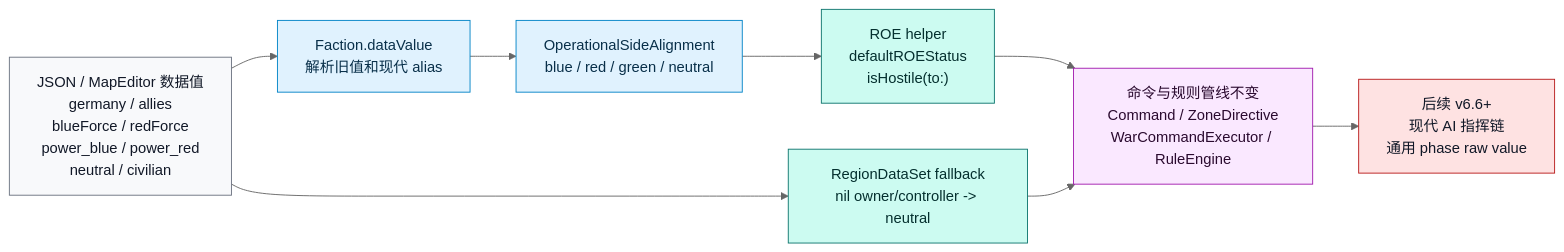
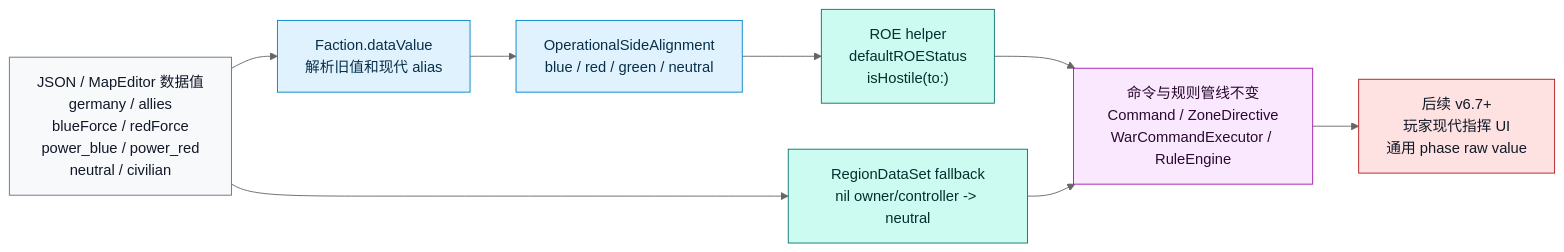
One commit to Altman-sam114/127 changed the third of 16 diagrams in md/flow/flowchart.md. Above: the diagram before and after it, drawn with Mermaid (neutral theme). The commit also changed other lines of this file and 8 other files, not shown here.

````diff
--- a/md/flow/flowchart.md
+++ b/md/flow/flowchart.md
@@ -90,20 +90,20 @@
 ```mermaid
 flowchart LR
     DATA["JSON / MapEditor 数据值<br/>germany / allies<br/>blueForce / redForce<br/>power_blue / power_red<br/>neutral / civilian"]:::data
     FACTION["Faction.dataValue<br/>解析旧值和现代 alias"]:::state
     ALIGN["OperationalSideAlignment<br/>blue / red / green / neutral"]:::state
     ROE["ROE helper<br/>defaultROEStatus<br/>isHostile(to:)"]:::rules
     REGION["RegionDataSet fallback<br/>nil owner/controller -> neutral"]:::rules
     PIPE["命令与规则管线不变<br/>Command / ZoneDirective<br/>WarCommandExecutor / RuleEngine"]:::command
-    TODO["后续 v6.6+<br/>现代 AI 指挥链<br/>通用 phase raw value"]:::risk
+    TODO["后续 v6.7+<br/>玩家现代指挥 UI<br/>通用 phase raw value"]:::risk
 
     DATA --> FACTION --> ALIGN --> ROE --> PIPE
     DATA --> REGION --> PIPE
     PIPE --> TODO
 
     classDef data fill:#f8f9fb,stroke:#6b7280,color:#111827
     classDef state fill:#e0f2fe,stroke:#0284c7,color:#082f49
     classDef rules fill:#ccfbf1,stroke:#0f766e,color:#042f2e
     classDef command fill:#fae8ff,stroke:#a21caf,color:#2a0a2f
     classDef risk fill:#fee2e2,stroke:#b91c1c,color:#111827
 ```
````
